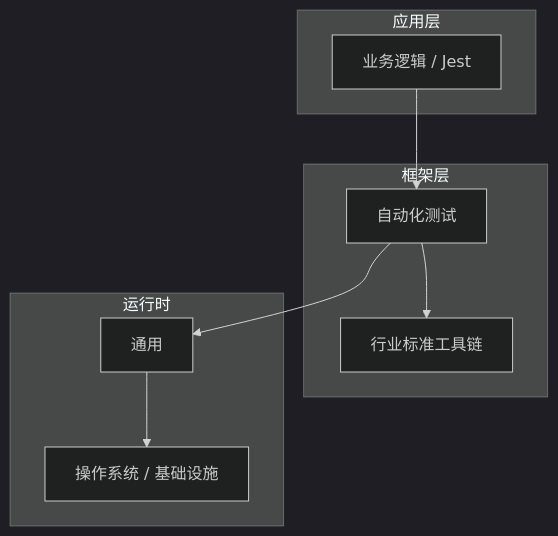
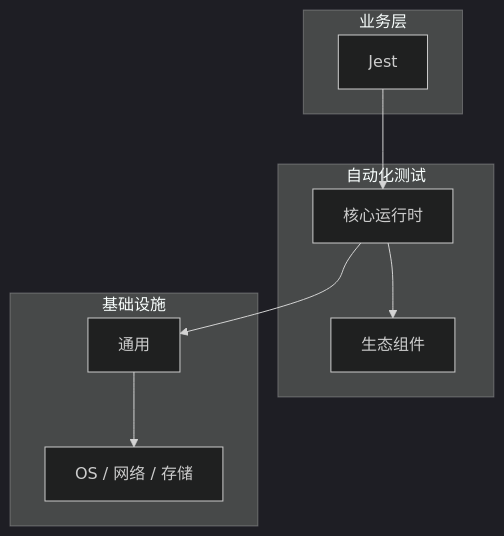
The diagram in articles/自动化测试/chapters/029-Jest核心概念与原理.md (yanggan2015/knowledge-json-v2), drawn with Mermaid (dark theme) before and after one commit. The commit also changed other lines of this file and 10127 other files, not shown here.

````diff
--- a/articles/自动化测试/chapters/029-Jest核心概念与原理.md
+++ b/articles/自动化测试/chapters/029-Jest核心概念与原理.md
@@ -45,18 +34,18 @@
 ```mermaid
 graph TB
-    subgraph 应用层
-        A[业务逻辑 / Jest]
+    subgraph 业务层
+        A[Jest]
     end
-    subgraph 框架层
-        B[自动化测试]
-        C[行业标准工具链]
+    subgraph 自动化测试
+        B[核心运行时]
+        C[生态组件]
     end
-    subgraph 运行时
+    subgraph 基础设施
         D[通用]
-        E[操作系统 / 基础设施]
+        E[OS / 网络 / 存储]
     end
     A --> B
     B --> C
     B --> D
     D --> E
 ```
````
